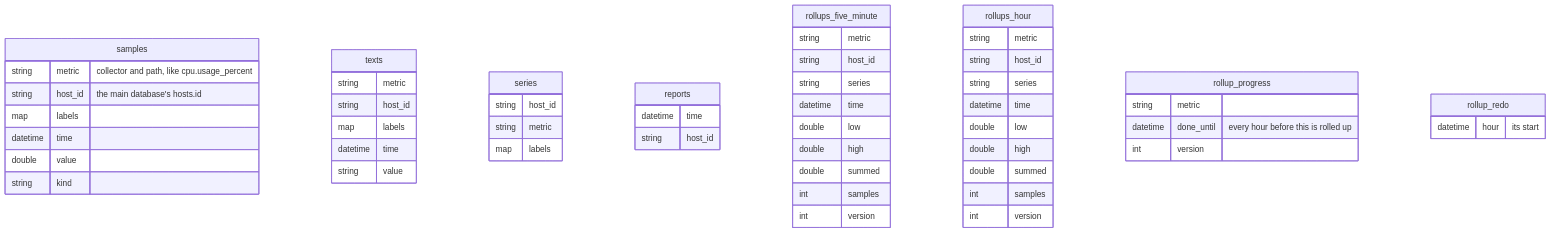
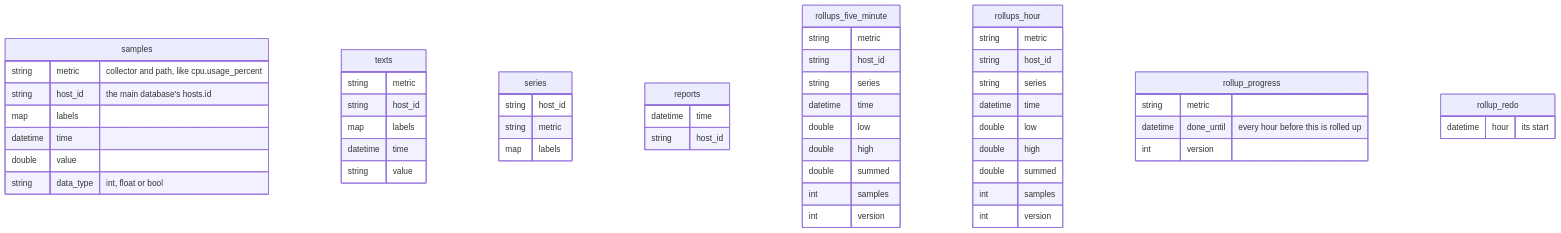
The fourth of 4 diagrams in database/README.md (sfreiberg/maxnines), drawn with Mermaid before and after one commit. The commit also changed other lines of this file and 20 other files, not shown here.

````diff
--- a/database/README.md
+++ b/database/README.md
@@ -562,57 +624,57 @@
 ```mermaid
 erDiagram
     samples {
         string metric "collector and path, like cpu.usage_percent"
         string host_id "the main database's hosts.id"
         map labels
         datetime time
         double value
-        string kind
+        string data_type "int, float or bool"
     }
     texts {
         string metric
         string host_id
         map labels
         datetime time
         string value
     }
     series {
         string host_id
         string metric
         map labels
     }
     reports {
         datetime time
         string host_id
     }
     rollups_five_minute {
         string metric
         string host_id
         string series
         datetime time
         double low
         double high
         double summed
         int samples
         int version
     }
     rollups_hour {
         string metric
         string host_id
         string series
         datetime time
         double low
         double high
         double summed
         int samples
         int version
     }
     rollup_progress {
         string metric
         datetime done_until "every hour before this is rolled up"
         int version
     }
     rollup_redo {
         datetime hour "its start"
     }
 ```
````
